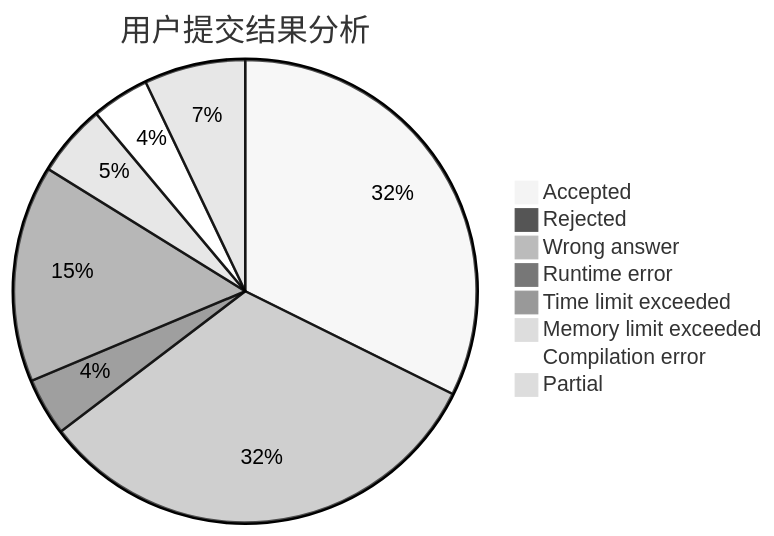
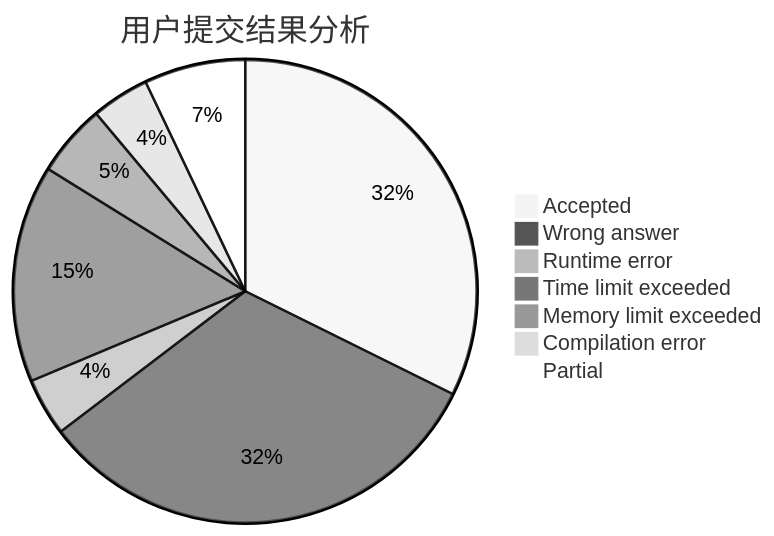
One commit to sherpahu/cfrs.github.io changed the first of 3 diagrams in docs/user/u1166.md. Above: the diagram before and after it, drawn with Mermaid (neutral theme). The commit also changed 2770 other files, not shown here.

````diff
--- a/docs/user/u1166.md
+++ b/docs/user/u1166.md
@@ -5,11 +5,10 @@
 ```mermaid
 pie title 用户提交结果分析
     "Accepted" :  32
-    "Rejected" :  0
     "Wrong answer" :  32
     "Runtime error" :  4
     "Time limit exceeded" :  15
     "Memory limit exceeded" :  5
     "Compilation error" :  4
     "Partial" :  7
 ```
````
